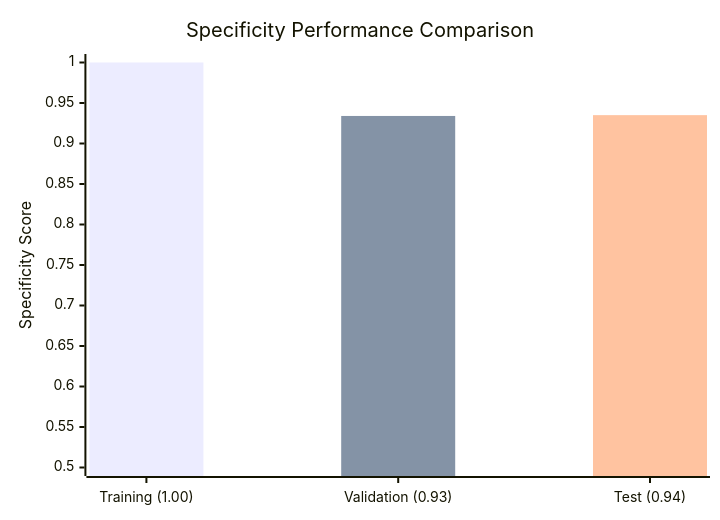
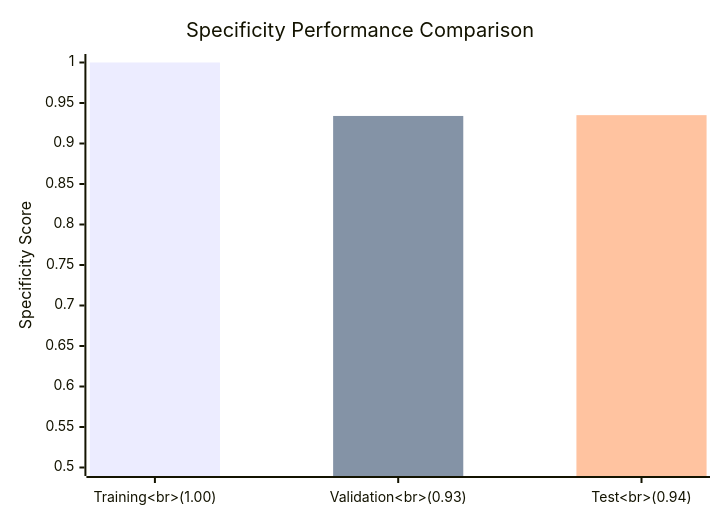
One commit to Daniel-Lachner-Piza/EEG_Characterizer_HFO changed the fifth of 5 diagrams in README.md. Above: the diagram before and after it, drawn with Mermaid. The commit also changed other lines of this file, not shown here.

````diff
--- a/README.md
+++ b/README.md
@@ -86,9 +86,9 @@
 ```mermaid
 xychart-beta
     title "Specificity Performance Comparison"
-    x-axis ["Training (1.00)", "Validation (0.93)", "Test (0.94)"]
+    x-axis ["Training<br>(1.00)", "Validation<br>(0.93)", "Test<br>(0.94)"]
     y-axis "Specificity Score" 0.5 --> 1.0
     bar "Training (1.00)" [1.000, 0, 0]
     bar "Validation (0.93)" [0, 0.934, 0]
     bar "Test (0.94)" [0, 0, 0.935]
 ```
````
